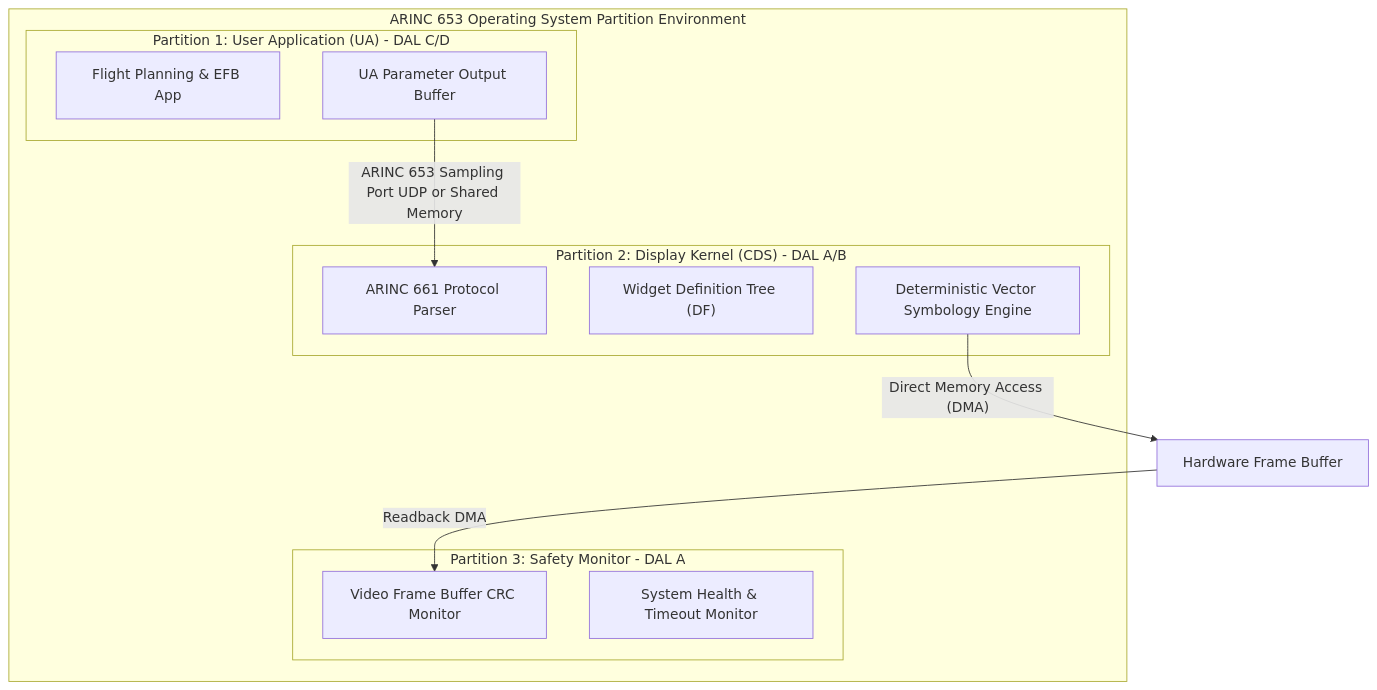
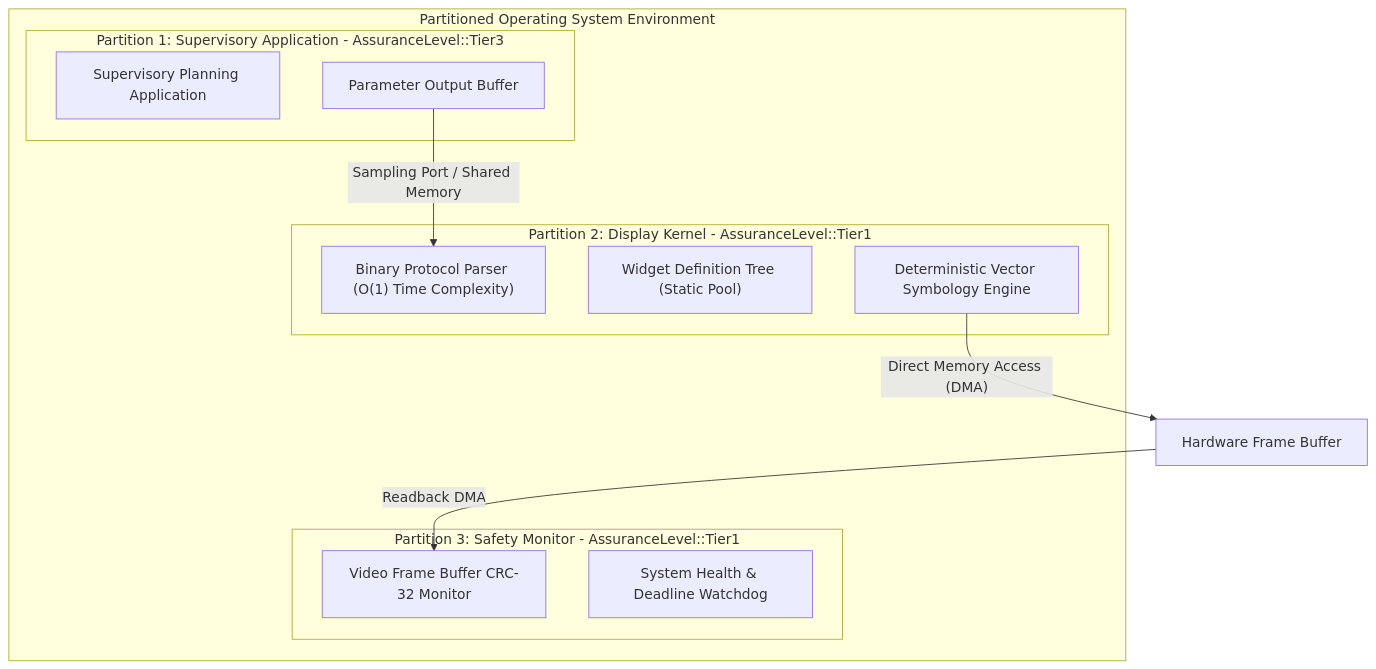
The second of 6 diagrams in docs/architecture/blueprints/SAFETY_CRITICAL_REALTIME_UI_FRAMEWORK.md (gintatkinson/DEAP01-spec-core), drawn with Mermaid before and after one commit. The commit also changed other lines of this file and 34 other files, not shown here.

Commit message:
docs(architecture): decontaminate reference blueprints and establish master execution plan (refs #405, refs #406)

````diff
--- a/docs/architecture/blueprints/SAFETY_CRITICAL_REALTIME_UI_FRAMEWORK.md
+++ b/docs/architecture/blueprints/SAFETY_CRITICAL_REALTIME_UI_FRAMEWORK.md
@@ -60,24 +80,24 @@
 ```mermaid
-graph TD
-    subgraph ARINC653 ["ARINC 653 Operating System Partition Environment"]
-        subgraph Part1 ["Partition 1: User Application (UA) - DAL C/D"]
-            UA_App["Flight Planning & EFB App"]
-            UA_Buffer["UA Parameter Output Buffer"]
+flowchart TD
+    subgraph OS_Partition ["Partitioned Operating System Environment"]
+        subgraph Part1 ["Partition 1: Supervisory Application - AssuranceLevel::Tier3"]
+            App_Logic["Supervisory Planning Application"]
+            App_Buffer["Parameter Output Buffer"]
         end
 
-        subgraph Part2 ["Partition 2: Display Kernel (CDS) - DAL A/B"]
-            A661_Parser["ARINC 661 Protocol Parser"]
-            Widget_Tree["Widget Definition Tree (DF)"]
+        subgraph Part2 ["Partition 2: Display Kernel - AssuranceLevel::Tier1"]
+            Binary_Parser["Binary Protocol Parser (O(1) Time Complexity)"]
+            Widget_Tree["Widget Definition Tree (Static Pool)"]
             Render_Engine["Deterministic Vector Symbology Engine"]
         end
 
-        subgraph Part3 ["Partition 3: Safety Monitor - DAL A"]
-            CRC_Monitor["Video Frame Buffer CRC Monitor"]
-            Health_Monitor["System Health & Timeout Monitor"]
+        subgraph Part3 ["Partition 3: Safety Monitor - AssuranceLevel::Tier1"]
+            CRC_Monitor["Video Frame Buffer CRC-32 Monitor"]
+            Health_Monitor["System Health & Deadline Watchdog"]
         end
     end
 
-    UA_Buffer -- "ARINC 653 Sampling Port UDP or Shared Memory" --> A661_Parser
+    App_Buffer -- "Sampling Port / Shared Memory" --> Binary_Parser
     Render_Engine -- "Direct Memory Access (DMA)" --> FrameBuffer["Hardware Frame Buffer"]
     FrameBuffer -- "Readback DMA" --> CRC_Monitor
 ```
````
